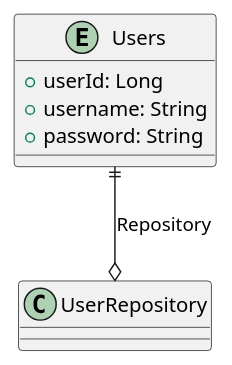
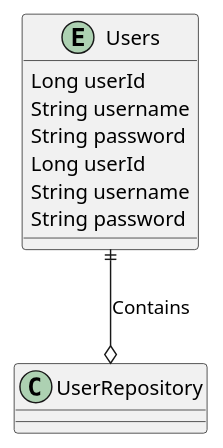
One commit to Dinesh-s95/AutoDoc.ai changed the sixth of 6 diagrams in identityprovider/documentation/detaileddesign.adoc. Above: the diagram before and after it, drawn with PlantUML. The commit also changed other lines of this file and 16 other files, not shown here.

```diff
--- a/identityprovider/documentation/detaileddesign.adoc
+++ b/identityprovider/documentation/detaileddesign.adoc
@@ -112,10 +224,16 @@
-[plantuml, er-diagram]
+[plantuml, erd]
 ----
 entity Users {
-  + userId: Long
-  + username: String
-  + password: String
+  Long userId
+  String username
+  String password
 }
 
-Users ||--o UserRepository : Repository
+Users ||--o UserRepository : Contains
+
+entity Users {
+  Long userId
+  String username
+  String password
+}
 ----
```
